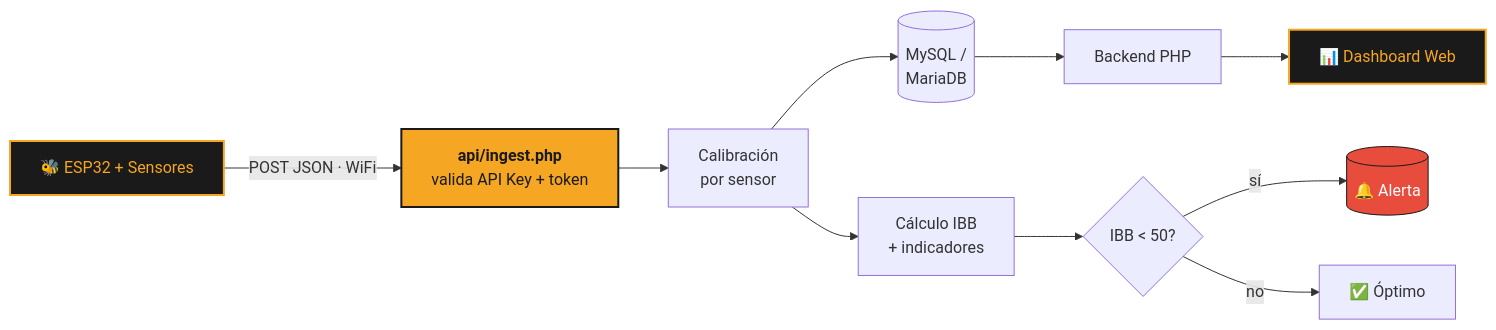
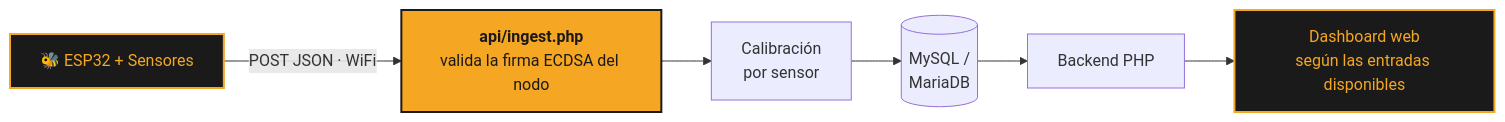
Before and after one commit to jeronimoparra-ai/BeeStation_Sena: the first of 2 diagrams in README.md, drawn with Mermaid. The commit also changed other lines of this file and 33 other files, not shown here.

````diff
--- a/README.md
+++ b/README.md
@@ -45,17 +45,12 @@
 ```mermaid
 flowchart LR
-    A["🐝 ESP32 + Sensores"] -->|"POST JSON · WiFi"| B["<b>api/ingest.php</b><br/>valida API Key + token"]
+    A["🐝 ESP32 + Sensores"] -->|"POST JSON · WiFi"| B["<b>api/ingest.php</b><br/>valida la firma ECDSA del nodo"]
     B --> C["Calibración<br/>por sensor"]
     C --> D[(MySQL /<br/>MariaDB)]
-    C --> E["Cálculo IBB<br/>+ indicadores"]
-    E --> F{"IBB < 50?"}
-    F -->|"sí"| G[("🔔 Alerta")]
-    F -->|"no"| H["✅ Óptimo"]
     D --> I["Backend PHP"]
-    I --> J["📊 Dashboard Web"]
+    I --> J["Dashboard web<br/>según las entradas disponibles"]
 
     style A fill:#1a1a1a,stroke:#F5A623,color:#F5A623,stroke-width:2px
     style B fill:#F5A623,stroke:#1a1a1a,color:#1a1a1a,stroke-width:2px
-    style G fill:#e74c3c,stroke:#1a1a1a,color:#fff
     style J fill:#1a1a1a,stroke:#F5A623,color:#F5A623,stroke-width:2px
 ```
````
